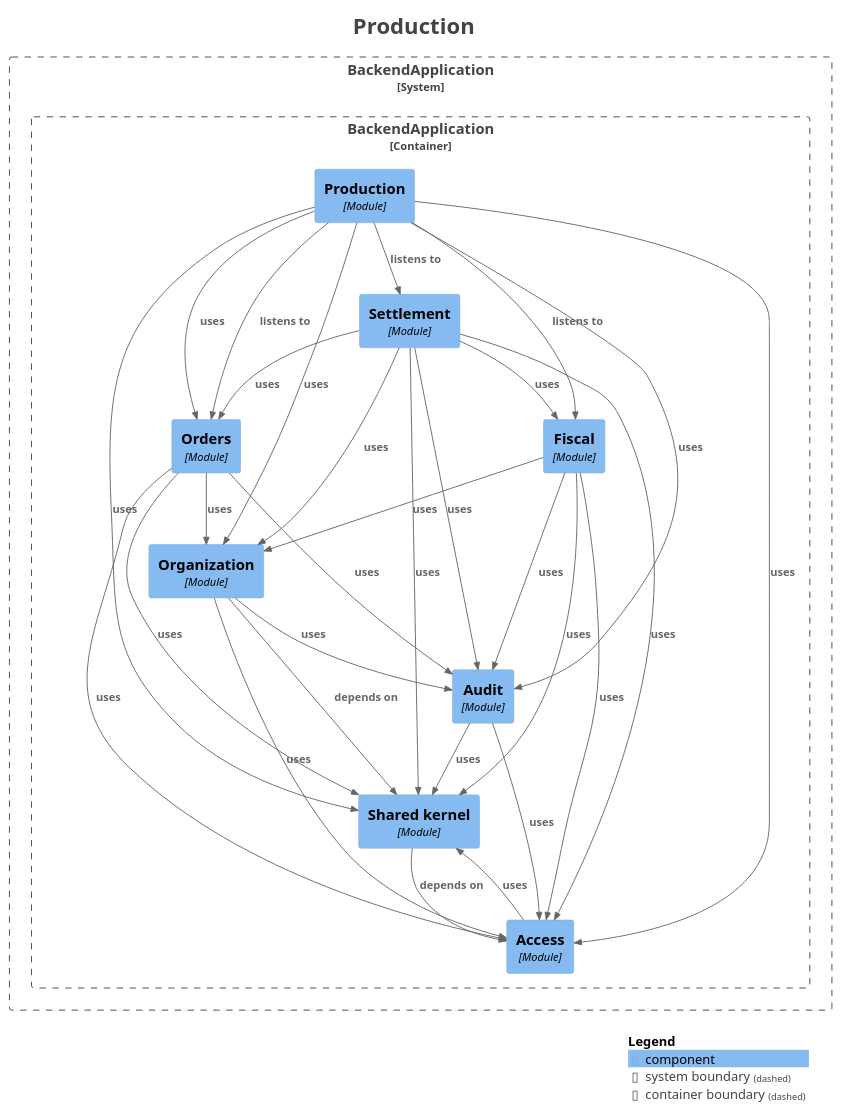
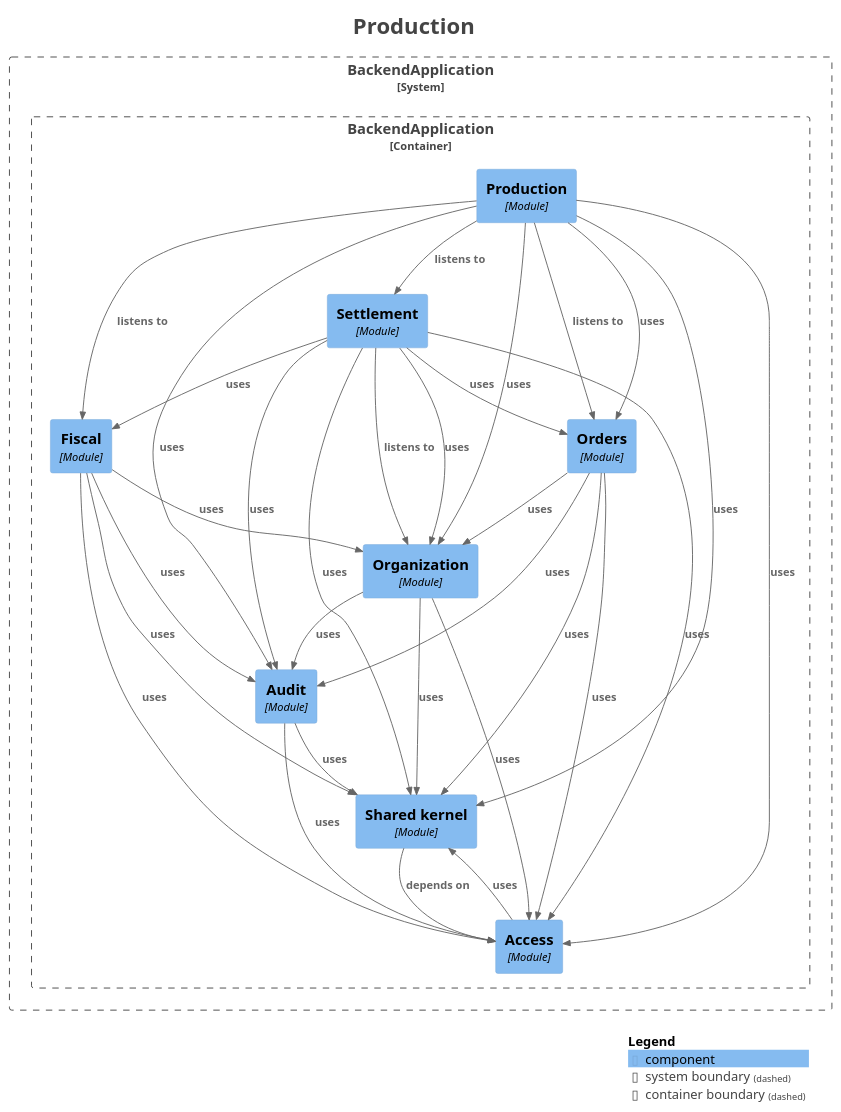
Before and after one commit to fxavier/restaurantePRO: the diagram in docs/architecture/modules/module-production.puml, drawn with PlantUML. The commit also changed 34 other files, not shown here.

```diff
--- a/docs/architecture/modules/module-production.puml
+++ b/docs/architecture/modules/module-production.puml
@@ -1,64 +1,65 @@
 @startuml
 title <size:24>Production</size>
 
 set separator none
 top to bottom direction
 
 <style>
   root {
     BackgroundColor: #ffffff
     FontColor: #444444
   }
 </style>
 
 !include <C4/C4>
 !include <C4/C4_Context>
 !include <C4/C4_Component>
 
 System_Boundary("BackendApplication_boundary", "BackendApplication", $tags="") {
   Container_Boundary("BackendApplication.BackendApplication_boundary", "BackendApplication", $tags="") {
     Component(BackendApplication.BackendApplication.Fiscal, "Fiscal", $techn="Module", $descr="", $tags="", $link="")
     Component(BackendApplication.BackendApplication.Orders, "Orders", $techn="Module", $descr="", $tags="", $link="")
     Component(BackendApplication.BackendApplication.Organization, "Organization", $techn="Module", $descr="", $tags="", $link="")
     Component(BackendApplication.BackendApplication.Production, "Production", $techn="Module", $descr="", $tags="", $link="")
     Component(BackendApplication.BackendApplication.Settlement, "Settlement", $techn="Module", $descr="", $tags="", $link="")
     Component(BackendApplication.BackendApplication.Sharedkernel, "Shared kernel", $techn="Module", $descr="", $tags="", $link="")
     Component(BackendApplication.BackendApplication.Access, "Access", $techn="Module", $descr="", $tags="", $link="")
     Component(BackendApplication.BackendApplication.Audit, "Audit", $techn="Module", $descr="", $tags="", $link="")
   }
 
 }
 
+Rel(BackendApplication.BackendApplication.Audit, BackendApplication.BackendApplication.Access, "uses", $techn="", $tags="", $link="")
+Rel(BackendApplication.BackendApplication.Audit, BackendApplication.BackendApplication.Sharedkernel, "uses", $techn="", $tags="", $link="")
+Rel(BackendApplication.BackendApplication.Fiscal, BackendApplication.BackendApplication.Access, "uses", $techn="", $tags="", $link="")
+Rel(BackendApplication.BackendApplication.Fiscal, BackendApplication.BackendApplication.Organization, "uses", $techn="", $tags="", $link="")
+Rel(BackendApplication.BackendApplication.Fiscal, BackendApplication.BackendApplication.Sharedkernel, "uses", $techn="", $tags="", $link="")
+Rel(BackendApplication.BackendApplication.Fiscal, BackendApplication.BackendApplication.Audit, "uses", $techn="", $tags="", $link="")
+Rel(BackendApplication.BackendApplication.Settlement, BackendApplication.BackendApplication.Organization, "listens to", $techn="", $tags="", $link="")
 Rel(BackendApplication.BackendApplication.Settlement, BackendApplication.BackendApplication.Access, "uses", $techn="", $tags="", $link="")
 Rel(BackendApplication.BackendApplication.Settlement, BackendApplication.BackendApplication.Organization, "uses", $techn="", $tags="", $link="")
 Rel(BackendApplication.BackendApplication.Settlement, BackendApplication.BackendApplication.Orders, "uses", $techn="", $tags="", $link="")
 Rel(BackendApplication.BackendApplication.Settlement, BackendApplication.BackendApplication.Fiscal, "uses", $techn="", $tags="", $link="")
 Rel(BackendApplication.BackendApplication.Settlement, BackendApplication.BackendApplication.Sharedkernel, "uses", $techn="", $tags="", $link="")
 Rel(BackendApplication.BackendApplication.Settlement, BackendApplication.BackendApplication.Audit, "uses", $techn="", $tags="", $link="")
-Rel(BackendApplication.BackendApplication.Fiscal, BackendApplication.BackendApplication.Access, "uses", $techn="", $tags="", $link="")
-Rel(BackendApplication.BackendApplication.Fiscal, BackendApplication.BackendApplication.Organization, "uses", $techn="", $tags="", $link="")
-Rel(BackendApplication.BackendApplication.Fiscal, BackendApplication.BackendApplication.Sharedkernel, "uses", $techn="", $tags="", $link="")
-Rel(BackendApplication.BackendApplication.Fiscal, BackendApplication.BackendApplication.Audit, "uses", $techn="", $tags="", $link="")
 Rel(BackendApplication.BackendApplication.Orders, BackendApplication.BackendApplication.Access, "uses", $techn="", $tags="", $link="")
 Rel(BackendApplication.BackendApplication.Orders, BackendApplication.BackendApplication.Sharedkernel, "uses", $techn="", $tags="", $link="")
 Rel(BackendApplication.BackendApplication.Orders, BackendApplication.BackendApplication.Audit, "uses", $techn="", $tags="", $link="")
 Rel(BackendApplication.BackendApplication.Orders, BackendApplication.BackendApplication.Organization, "uses", $techn="", $tags="", $link="")
+Rel(BackendApplication.BackendApplication.Access, BackendApplication.BackendApplication.Sharedkernel, "uses", $techn="", $tags="", $link="")
+Rel(BackendApplication.BackendApplication.Sharedkernel, BackendApplication.BackendApplication.Access, "depends on", $techn="", $tags="", $link="")
 Rel(BackendApplication.BackendApplication.Production, BackendApplication.BackendApplication.Orders, "listens to", $techn="", $tags="", $link="")
 Rel(BackendApplication.BackendApplication.Production, BackendApplication.BackendApplication.Settlement, "listens to", $techn="", $tags="", $link="")
 Rel(BackendApplication.BackendApplication.Production, BackendApplication.BackendApplication.Fiscal, "listens to", $techn="", $tags="", $link="")
 Rel(BackendApplication.BackendApplication.Production, BackendApplication.BackendApplication.Access, "uses", $techn="", $tags="", $link="")
+Rel(BackendApplication.BackendApplication.Production, BackendApplication.BackendApplication.Organization, "uses", $techn="", $tags="", $link="")
+Rel(BackendApplication.BackendApplication.Production, BackendApplication.BackendApplication.Sharedkernel, "uses", $techn="", $tags="", $link="")
 Rel(BackendApplication.BackendApplication.Production, BackendApplication.BackendApplication.Audit, "uses", $techn="", $tags="", $link="")
-Rel(BackendApplication.BackendApplication.Production, BackendApplication.BackendApplication.Sharedkernel, "uses", $techn="", $tags="", $link="")
-Rel(BackendApplication.BackendApplication.Production, BackendApplication.BackendApplication.Organization, "uses", $techn="", $tags="", $link="")
 Rel(BackendApplication.BackendApplication.Production, BackendApplication.BackendApplication.Orders, "uses", $techn="", $tags="", $link="")
-Rel(BackendApplication.BackendApplication.Sharedkernel, BackendApplication.BackendApplication.Access, "depends on", $techn="", $tags="", $link="")
-Rel(BackendApplication.BackendApplication.Organization, BackendApplication.BackendApplication.Sharedkernel, "depends on", $techn="", $tags="", $link="")
+Rel(BackendApplication.BackendApplication.Organization, BackendApplication.BackendApplication.Sharedkernel, "uses", $techn="", $tags="", $link="")
 Rel(BackendApplication.BackendApplication.Organization, BackendApplication.BackendApplication.Audit, "uses", $techn="", $tags="", $link="")
 Rel(BackendApplication.BackendApplication.Organization, BackendApplication.BackendApplication.Access, "uses", $techn="", $tags="", $link="")
-Rel(BackendApplication.BackendApplication.Access, BackendApplication.BackendApplication.Sharedkernel, "uses", $techn="", $tags="", $link="")
-Rel(BackendApplication.BackendApplication.Audit, BackendApplication.BackendApplication.Access, "uses", $techn="", $tags="", $link="")
-Rel(BackendApplication.BackendApplication.Audit, BackendApplication.BackendApplication.Sharedkernel, "uses", $techn="", $tags="", $link="")
 
 SHOW_LEGEND(true)
 hide stereotypes
 @enduml
```
